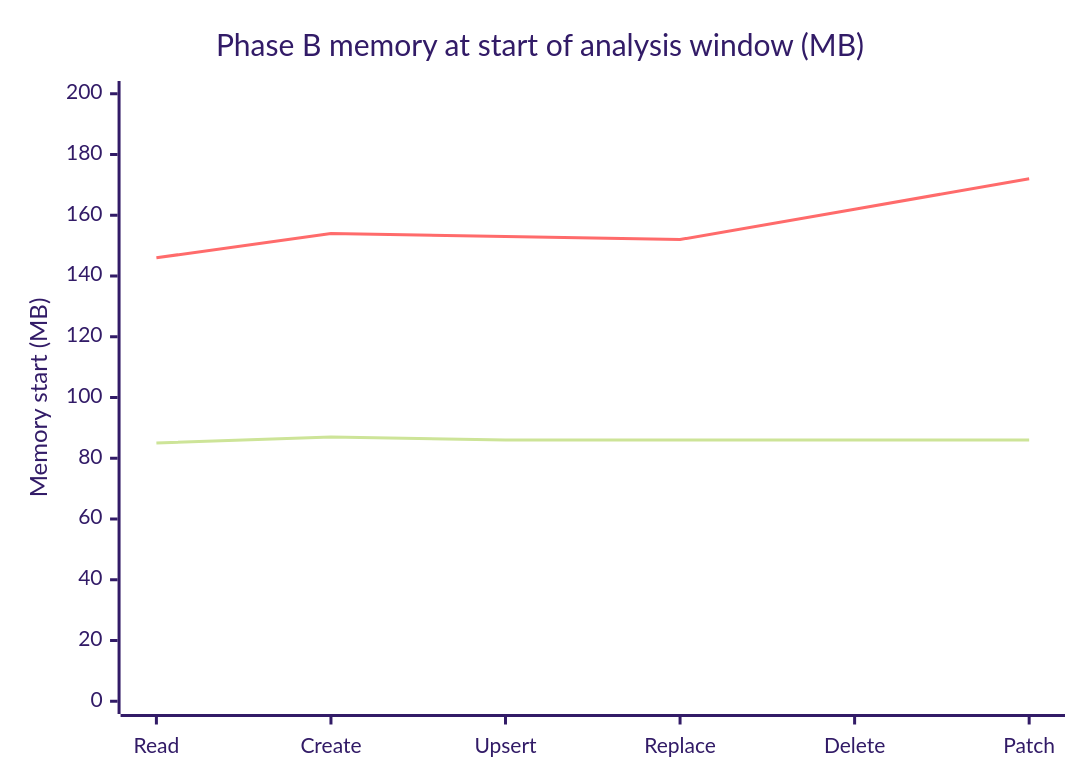
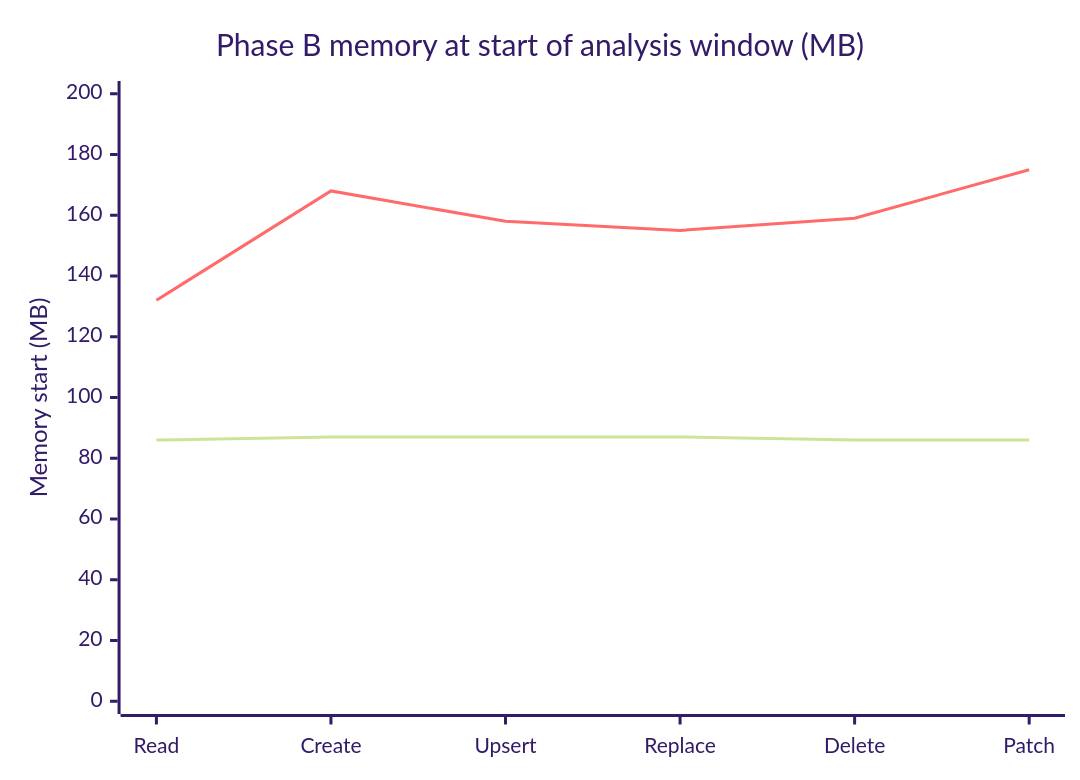
The fifth of 7 diagrams in sdk/cosmos/azure-cosmos/docs/rust-vs-python-perf-drill.md (Azure/azure-sdk-for-python), drawn with Mermaid (forest theme) before and after one commit. The commit also changed other lines of this file and 14 other files, not shown here.

````diff
--- a/sdk/cosmos/azure-cosmos/docs/rust-vs-python-perf-drill.md
+++ b/sdk/cosmos/azure-cosmos/docs/rust-vs-python-perf-drill.md
@@ -621,8 +366,8 @@
 ```mermaid
 xychart-beta
     title "Phase B memory at start of analysis window (MB)"
     x-axis ["Read","Create","Upsert","Replace","Delete","Patch"]
     y-axis "Memory start (MB)" 0 --> 200
-    line "Core Python" [85,87,86,86,86,86]
-    line "Rust" [146,154,153,152,162,172]
+    line "Core Python" [86,87,87,87,86,86]
+    line "Rust" [132,168,158,155,159,175]
 ```
````
